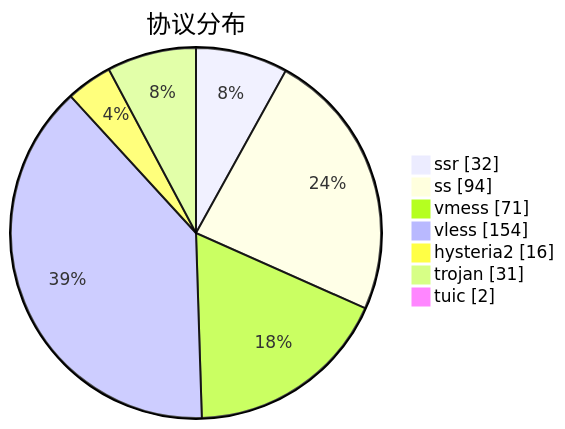
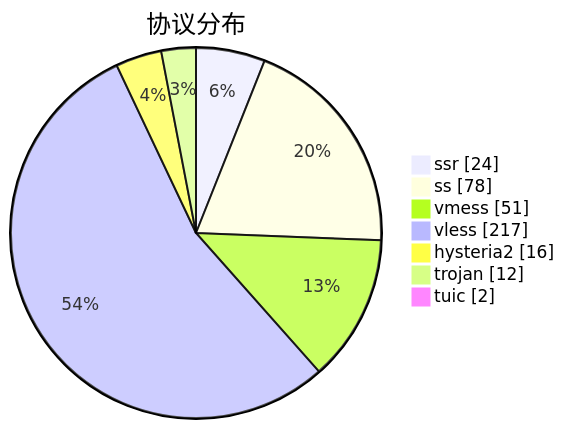
One commit to qjlxg/airport changed the third of 3 diagrams in subs/statistics/tested_within.md. Above: the diagram before and after it, drawn with Mermaid. The commit also changed other lines of this file and 2 other files, not shown here.

````diff
--- a/subs/statistics/tested_within.md
+++ b/subs/statistics/tested_within.md
@@ -31,11 +33,11 @@
 ```mermaid
 pie showData
 title 协议分布
-"ssr" : 32
-"ss" : 94
-"vmess" : 71
-"vless" : 154
+"ssr" : 24
+"ss" : 78
+"vmess" : 51
+"vless" : 217
 "hysteria2" : 16
-"trojan" : 31
+"trojan" : 12
 "tuic" : 2
 ```
````
